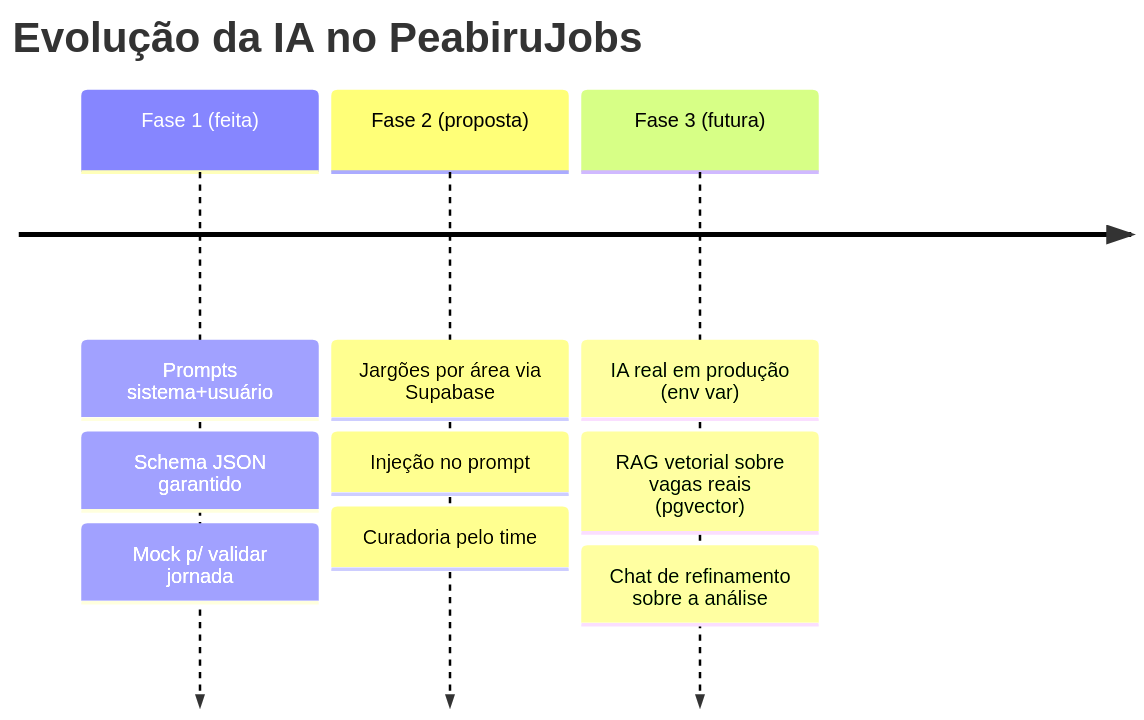
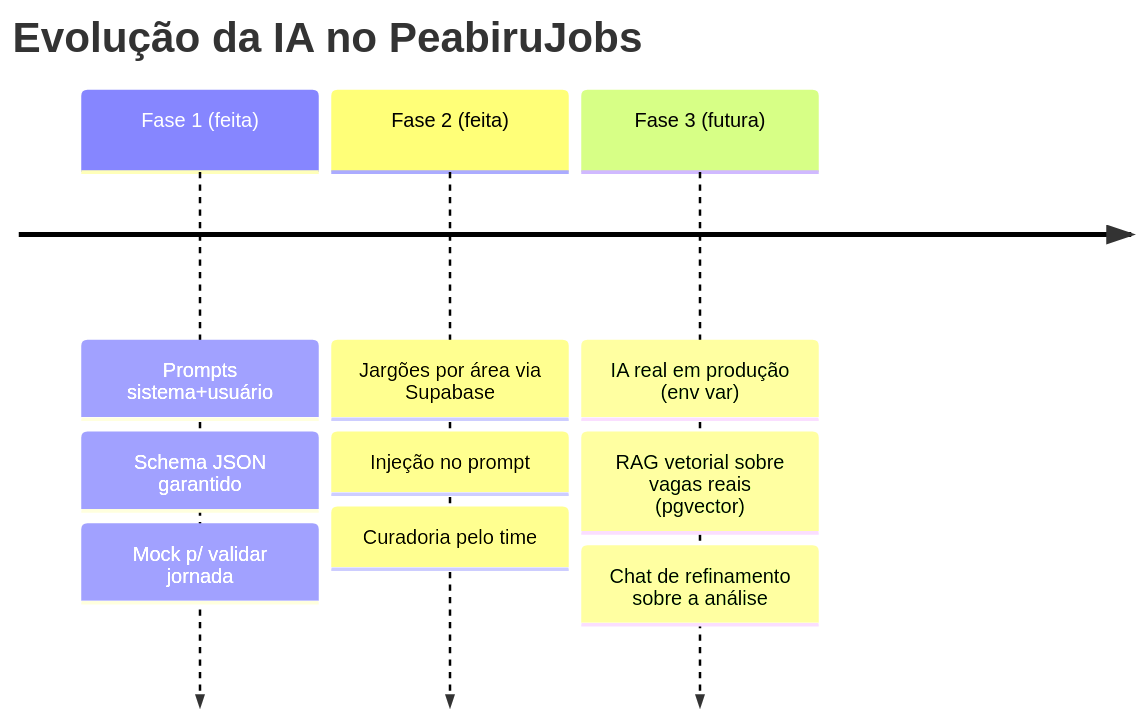
One commit to akamitatrush/PeabiruJobs changed the third of 3 diagrams in docs/ia.md. Above: the diagram before and after it, drawn with Mermaid. The commit also changed other lines of this file and 8 other files, not shown here.

````diff
--- a/docs/ia.md
+++ b/docs/ia.md
@@ -193,7 +195,7 @@
 ```mermaid
 timeline
     title Evolução da IA no PeabiruJobs
     Fase 1 (feita) : Prompts sistema+usuário : Schema JSON garantido : Mock p/ validar jornada
-    Fase 2 (proposta) : Jargões por área via Supabase : Injeção no prompt : Curadoria pelo time
+    Fase 2 (feita) : Jargões por área via Supabase : Injeção no prompt : Curadoria pelo time
     Fase 3 (futura) : IA real em produção (env var) : RAG vetorial sobre vagas reais (pgvector) : Chat de refinamento sobre a análise
 ```
````
